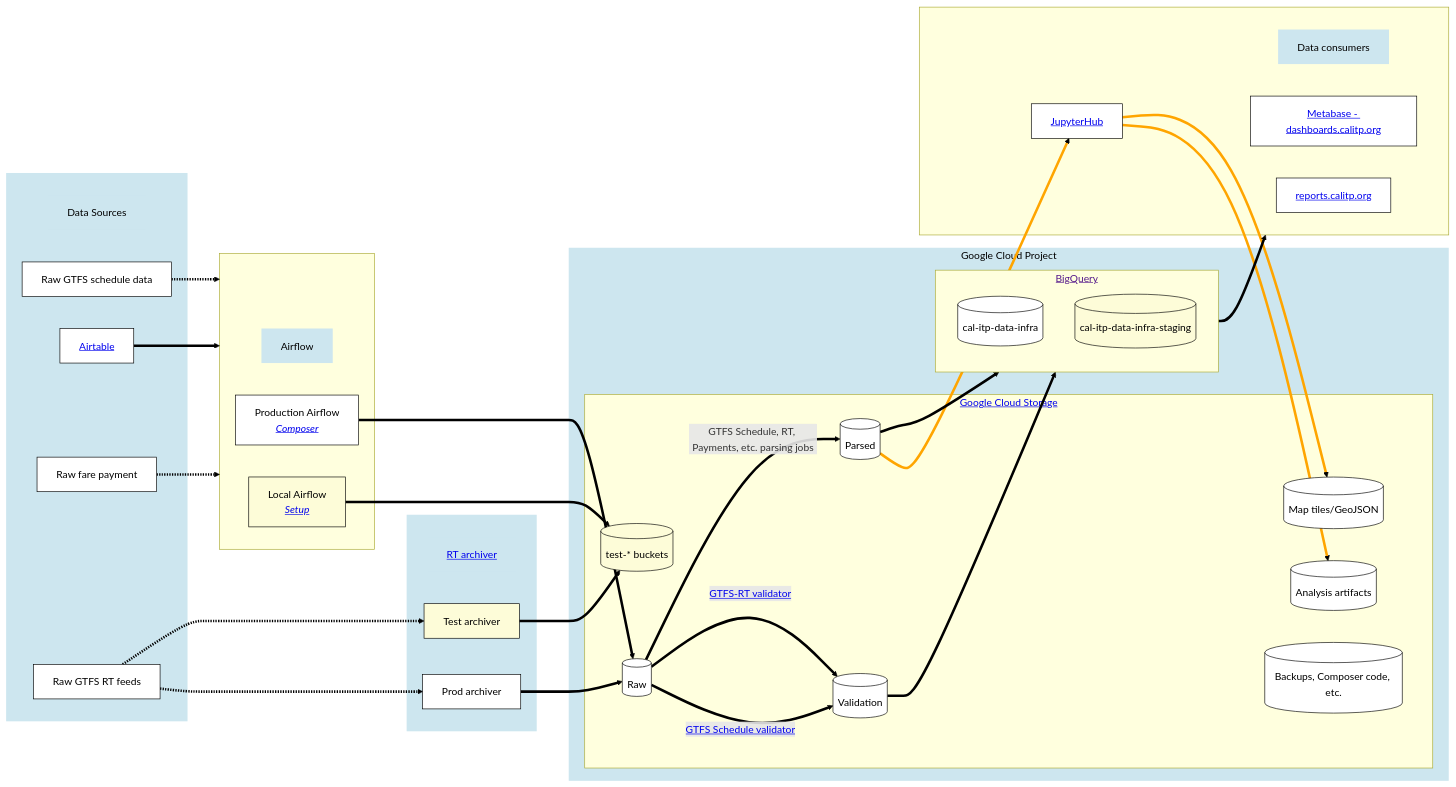
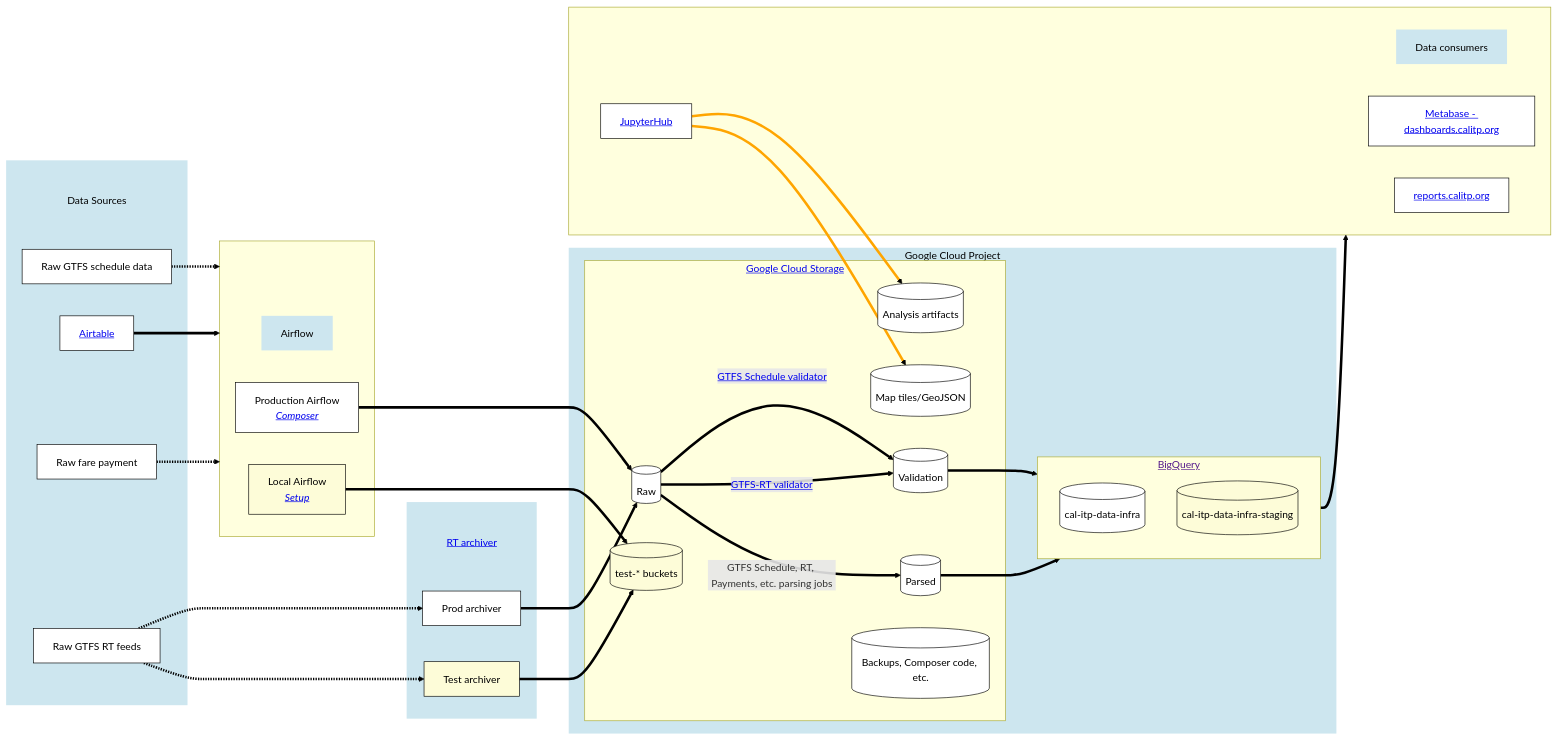
The second of 2 diagrams in docs/architecture/architecture_overview.md (cal-itp/data-infra), drawn with Mermaid before and after one commit.

Commit message:
one more arch diagram tweak

````diff
--- a/docs/architecture/architecture_overview.md
+++ b/docs/architecture/architecture_overview.md
@@ -76,79 +76,78 @@
 ```{mermaid}
 flowchart LR
 %% default styles
 classDef default fill:white, color:black, stroke:black, stroke-width:1px
 linkStyle default stroke:black, stroke-width:4px
 classDef test fill:#fdfcd8, color:#000000
 classDef group fill:#cde6ef, color:black, stroke-width:0px
 classDef subgroup fill:#14A6E0, color:white
 
 %% note that you seemingly cannot have a subgraph that only contains other subgraphs
 %% so I am using "label" nodes to make sure each subgraph has at least one direct child
 subgraph sources[ ]
     data_sources_label[Data Sources]:::group
     raw_gtfs[Raw GTFS schedule data]
     airtable[<a href='https://airtable.com/'>Airtable</a>]
     raw_payment[Raw fare payment]
     raw_rt[Raw GTFS RT feeds]
 end
 subgraph rt_archiver[ ]
     rt_archiver_label[<a href='https://github.com/cal-itp/data-infra/tree/main/services/gtfs-rt-archiver-v3'>RT archiver</a>]:::group
     prod_rt_archiver[Prod archiver]
     test_rt_archiver[Test archiver]:::test
 end
 subgraph airflow[ ]
     airflow_label[Airflow]:::group
     airflow_prod[Production Airflow <br><i><a href='https://console.cloud.google.com/composer/environments?project=cal-itp-data-infra&supportedpurview=project'>Composer</a></i>]
     airflow_local[Local Airflow <br><i><a href='https://github.com/cal-itp/data-infra/blob/main/airflow/README.md'>Setup</a></i>]:::test
 end
 subgraph gcp[Google Cloud Project]
     subgraph bigquery[<a href=''>BigQuery</a>]
         bq_cal_itp_data_infra[(cal-itp-data-infra)]
         bq_cal_itp_data_infra_staging[(cal-itp-data-infra-staging)]:::test
     end
     subgraph gcs[<a href='https://console.cloud.google.com/storage/browser'>Google Cloud Storage</a>]
         gcs_raw[(Raw)]
         gcs_parsed[(Parsed)]
         gcs_validation[(Validation)]
         gcs_analysis[(Analysis artifacts)]
         gcs_map_tiles[(Map tiles/GeoJSON)]
         gcs_other[(Backups, Composer code, etc.)]
         gcs_test[(test-* buckets)]:::test
     end
 end
 
 subgraph consumers[ ]
     consumers_label[Data consumers]:::group
     jupyterhub[<a href='https://hubtest.k8s.calitp.jarv.us/hub/'>JupyterHub</a>]
     metabase[<a href='https://dashboards.calitp.org/'>Metabase - dashboards.calitp.org</a>]
     reports_website[<a href='https://reports.calitp.org'>reports.calitp.org</a>]
 end
 
 %% subgraphs cannot be styled in-line
 class sources,rt_archiver,airflow,gcp,consumers group
 
-%% manual data consumption; put first for easier style indexing
+%% manual actions; put first for easier style indexing
 %% add indices to linkStyle as new manual connections exist
-gcs_parsed --> jupyterhub
 jupyterhub --> gcs_analysis
 jupyterhub --> gcs_map_tiles
-linkStyle 0,1,2 stroke:orange, stroke-width:4p
+linkStyle 0,1 stroke:orange, stroke-width:4p
 
-%% data producers
+%% data sources and transforms
 raw_gtfs -.-> airflow
 airtable --> airflow
 raw_payment -.-> airflow
 airflow_prod ---> gcs_raw
 airflow_local ---> gcs_test
 raw_rt -.-> prod_rt_archiver --> gcs_raw
 raw_rt -.-> test_rt_archiver --> gcs_test
 %% data transformations
 gcs_raw -->|<a href='https://github.com/MobilityData/gtfs-validator'>GTFS Schedule validator</a>| gcs_validation
 gcs_raw -->|<a href='https://github.com/MobilityData/gtfs-realtime-validator'>GTFS-RT validator</a>| gcs_validation
 gcs_raw -->|"GTFS Schedule, RT, Payments, etc. parsing jobs"| gcs_parsed
 
 %% data consumption
 gcs_parsed --> bigquery
 gcs_validation --> bigquery
 bigquery --> consumers
 ```
````
